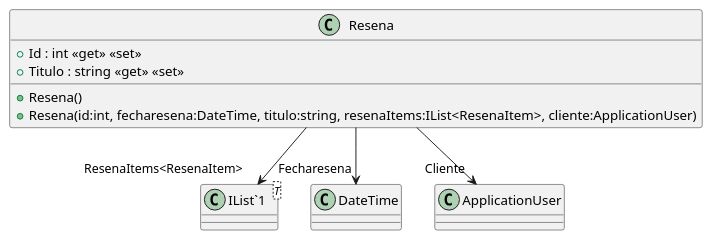
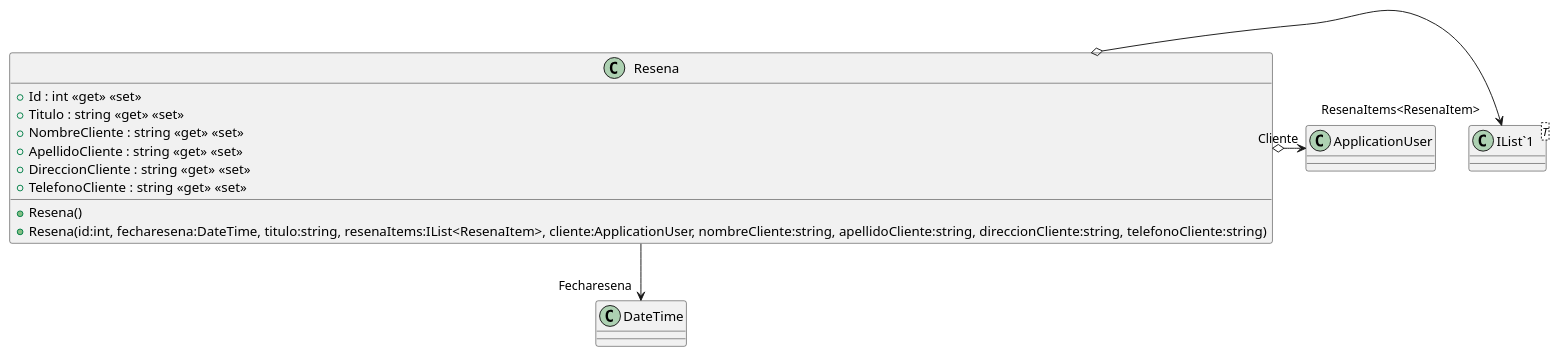
One commit to ISII2627LosNenes/ISII2627LosNenes changed the diagram in src/AppForSEII.API/ClassDiagram/Resena.puml. Above: the diagram before and after it, drawn with PlantUML. The commit also changed 9 other files, not shown here.

First line of the commit message:
141 añado las clases al diagrama de clases (#145)

```diff
--- a/src/AppForSEII.API/ClassDiagram/Resena.puml
+++ b/src/AppForSEII.API/ClassDiagram/Resena.puml
@@ -1,13 +1,17 @@
 @startuml
 class Resena {
     + Resena()
-    + Resena(id:int, fecharesena:DateTime, titulo:string, resenaItems:IList<ResenaItem>, cliente:ApplicationUser)
+    + Resena(id:int, fecharesena:DateTime, titulo:string, resenaItems:IList<ResenaItem>, cliente:ApplicationUser, nombreCliente:string, apellidoCliente:string, direccionCliente:string, telefonoCliente:string)
     + Id : int <<get>> <<set>>
     + Titulo : string <<get>> <<set>>
+    + NombreCliente : string <<get>> <<set>>
+    + ApellidoCliente : string <<get>> <<set>>
+    + DireccionCliente : string <<get>> <<set>>
+    + TelefonoCliente : string <<get>> <<set>>
 }
 class "IList`1"<T> {
 }
 Resena --> "Fecharesena" DateTime
-Resena --> "ResenaItems<ResenaItem>" "IList`1"
-Resena --> "Cliente" ApplicationUser
+Resena o-> "ResenaItems<ResenaItem>" "IList`1"
+Resena o-> "Cliente" ApplicationUser
 @enduml
```
